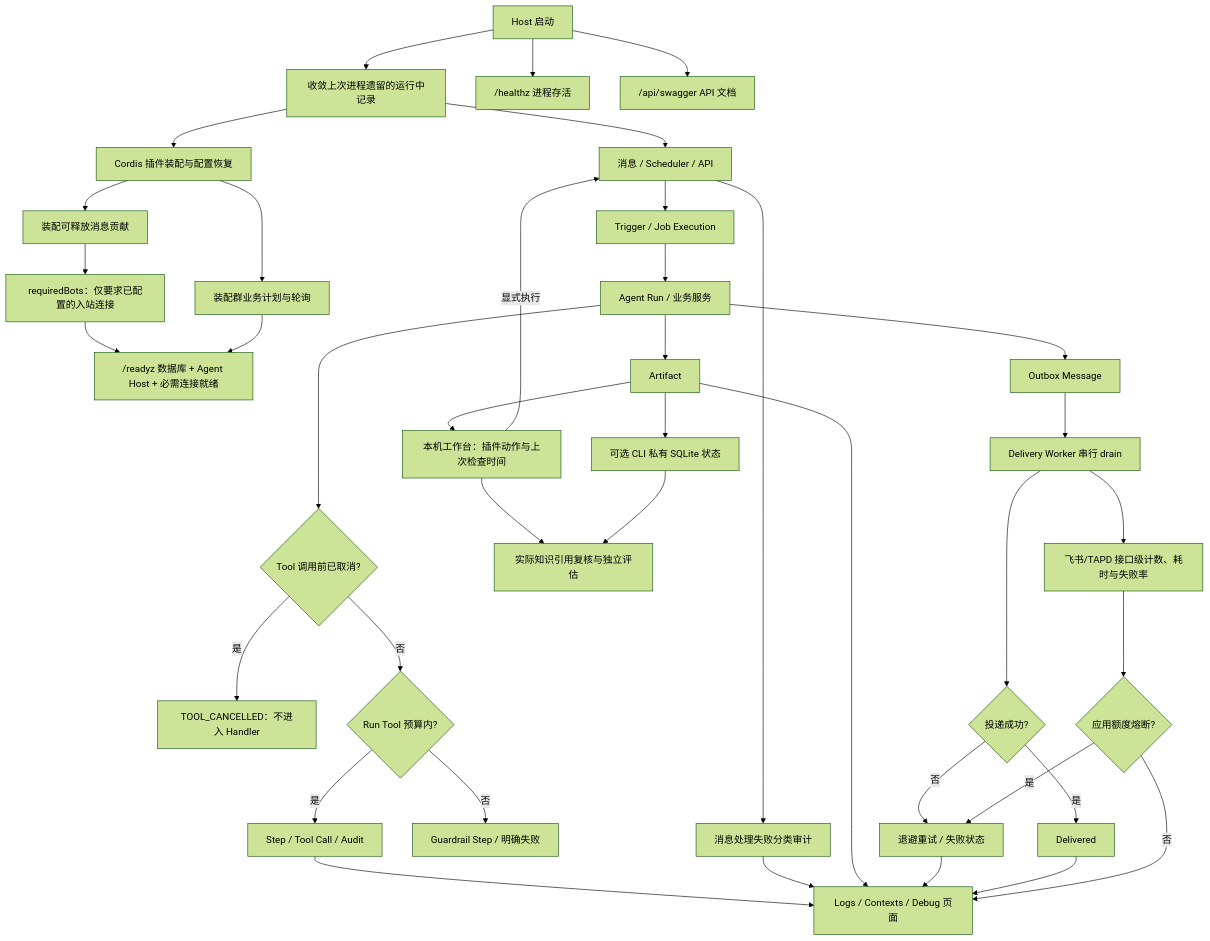
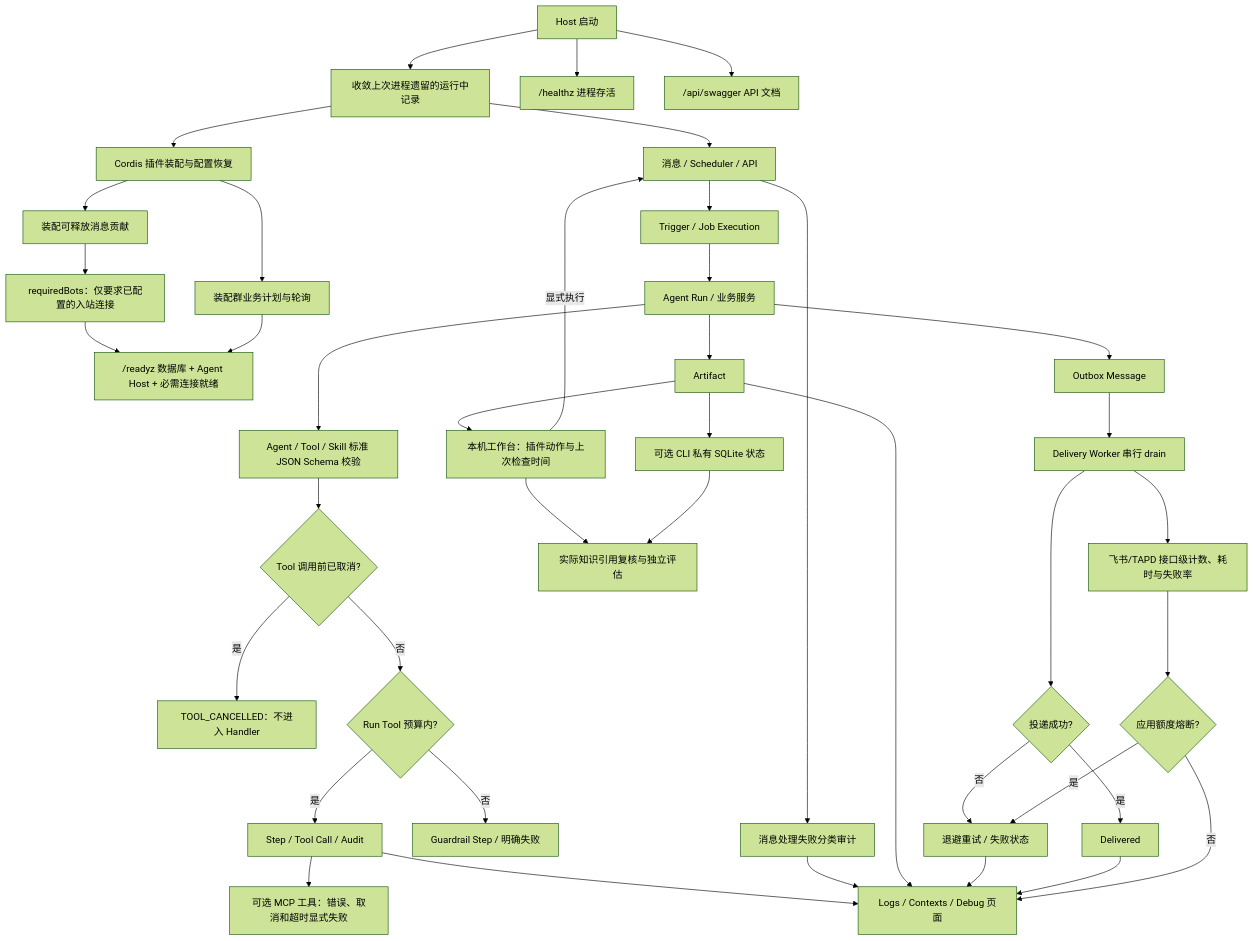
Before and after one commit to KlayPeter/AI-Delivery-Ops-Agent: the diagram in backend/src/platform/runtime/FEATURE.md, drawn with Mermaid (forest theme). The commit also changed other lines of this file and 22 other files, not shown here.

````diff
--- a/backend/src/platform/runtime/FEATURE.md
+++ b/backend/src/platform/runtime/FEATURE.md
@@ -21,41 +21,43 @@
 ```mermaid
 flowchart TD
     R["Host 启动"] --> S["收敛上次进程遗留的运行中记录"]
     R --> Q["/healthz 进程存活"]
     R --> OAPI["/api/swagger API 文档"]
     S --> P["Cordis 插件装配与配置恢复"]
     P --> MR["装配可释放消息贡献"]
     MR --> BC["requiredBots：仅要求已配置的入站连接"]
     BC --> Z["/readyz 数据库 + Agent Host + 必需连接就绪"]
     P --> SJ[装配群业务计划与轮询]
     SJ --> Z
     S --> A["消息 / Scheduler / API"]
     A --> B["Trigger / Job Execution"]
     B --> C["Agent Run / 业务服务"]
-    C --> TC{"Tool 调用前已取消?"}
+    C --> SC[Agent / Tool / Skill 标准 JSON Schema 校验]
+    SC --> TC{"Tool 调用前已取消?"}
+    D --> MCP[可选 MCP 工具：错误、取消和超时显式失败]
     TC -- 是 --> TR["TOOL_CANCELLED：不进入 Handler"]
     TC -- 否 --> L{"Run Tool 预算内?"}
     L -- 是 --> D["Step / Tool Call / Audit"]
     L -- 否 --> M["Guardrail Step / 明确失败"]
     C --> E["Artifact"]
     C --> F["Outbox Message"]
     F --> G["Delivery Worker 串行 drain"]
     G --> H{"投递成功?"}
     H -- 否 --> I["退避重试 / 失败状态"]
     H -- 是 --> J["Delivered"]
     D --> K["Logs / Contexts / Debug 页面"]
     A --> X["消息处理失败分类审计"]
     X --> K
     E --> WA[本机工作台：插件动作与上次检查时间]
     WA -- 显式执行 --> A
     WA --> IC
     E --> KS[可选 CLI 私有 SQLite 状态]
     KS --> IC[实际知识引用复核与独立评估]
     E --> K
     I --> K
     J --> K
     G --> Y["飞书/TAPD 接口级计数、耗时与失败率"]
     Y --> Z1{"应用额度熔断?"}
     Z1 -- "是" --> I
     Z1 -- "否" --> K
 ```
````
